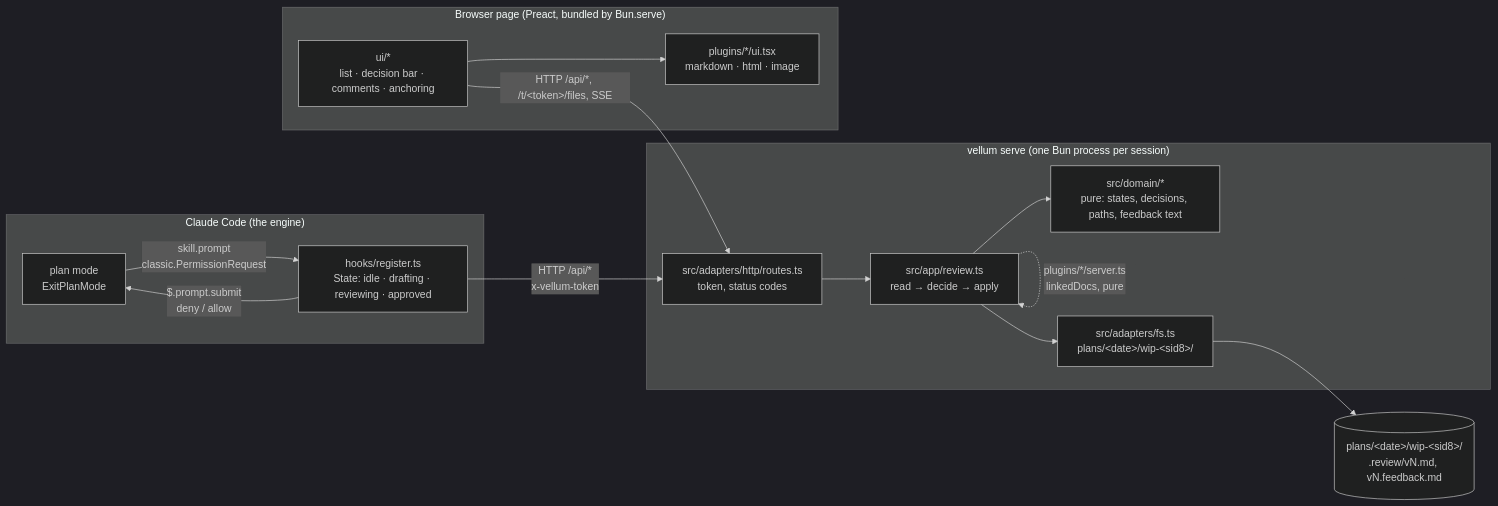
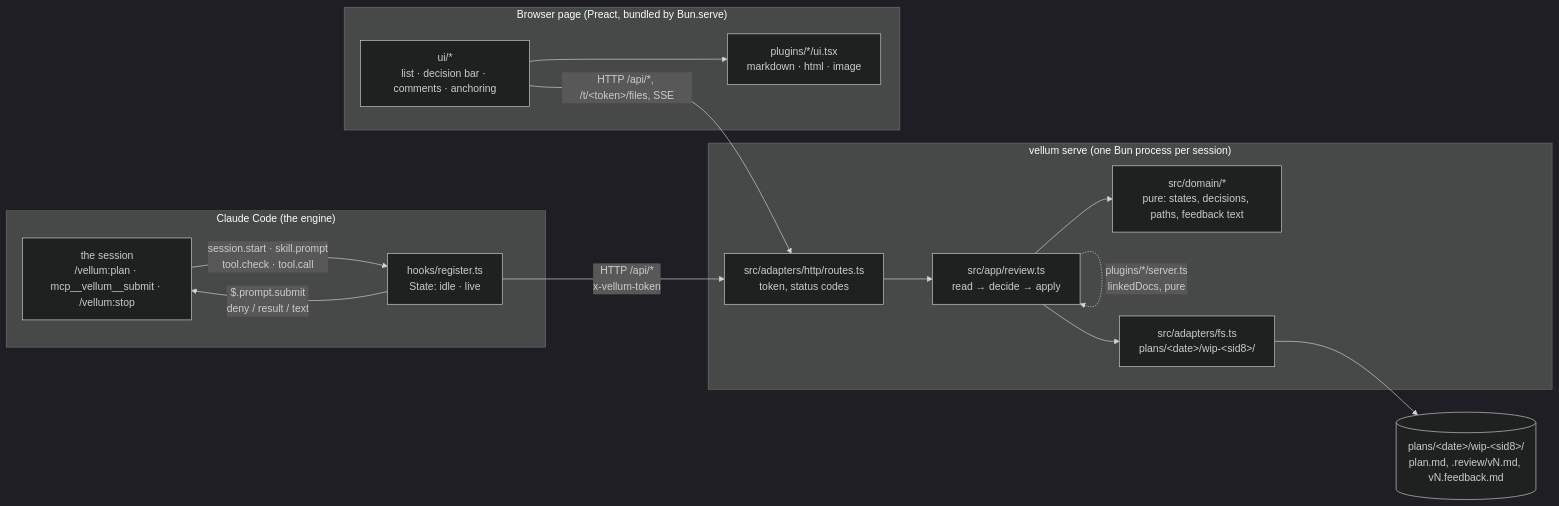
The first of 4 diagrams in vellum/docs/architecture.md (DYNOSuprovo/claude-code-plugins), drawn with Mermaid (dark theme) before and after one commit. The commit also changed other lines of this file and 20 other files, not shown here.

````diff
--- a/vellum/docs/architecture.md
+++ b/vellum/docs/architecture.md
@@ -10,27 +10,27 @@
 ```mermaid
 flowchart LR
   subgraph engine["Claude Code (the engine)"]
-    CC[plan mode<br/>ExitPlanMode]
-    M["hooks/register.ts<br/>State: idle · drafting · reviewing · approved"]
-    CC -- "skill.prompt<br/>classic.PermissionRequest" --> M
-    M -- "$.prompt.submit<br/>deny / allow" --> CC
+    CC["the session<br/>/vellum:plan · mcp__vellum__submit · /vellum:stop"]
+    M["hooks/register.ts<br/>State: idle · live"]
+    CC -- "session.start · skill.prompt<br/>tool.check · tool.call" --> M
+    M -- "$.prompt.submit<br/>deny / result / text" --> CC
   end
   subgraph server["vellum serve (one Bun process per session)"]
     R["src/adapters/http/routes.ts<br/>token, status codes"]
     A["src/app/review.ts<br/>read → decide → apply"]
     T["src/domain/*<br/>pure: states, decisions, paths, feedback text"]
     W["src/adapters/fs.ts<br/>plans/&lt;date&gt;/wip-&lt;sid8&gt;/"]
     R --> A --> T
     A --> W
   end
   subgraph page["Browser page (Preact, bundled by Bun.serve)"]
     U["ui/*<br/>list · decision bar · comments · anchoring"]
     P["plugins/*/ui.tsx<br/>markdown · html · image"]
     U --> P
   end
   M -- "HTTP /api/*<br/>x-vellum-token" --> R
   U -- "HTTP /api/*, /t/&lt;token&gt;/files, SSE" --> R
   A -. "plugins/*/server.ts<br/>linkedDocs, pure" .-> A
-  F[("plans/&lt;date&gt;/wip-&lt;sid8&gt;/<br/>.review/vN.md, vN.feedback.md")]
+  F[("plans/&lt;date&gt;/wip-&lt;sid8&gt;/<br/>plan.md, .review/vN.md, vN.feedback.md")]
   W --> F
 ```
````
